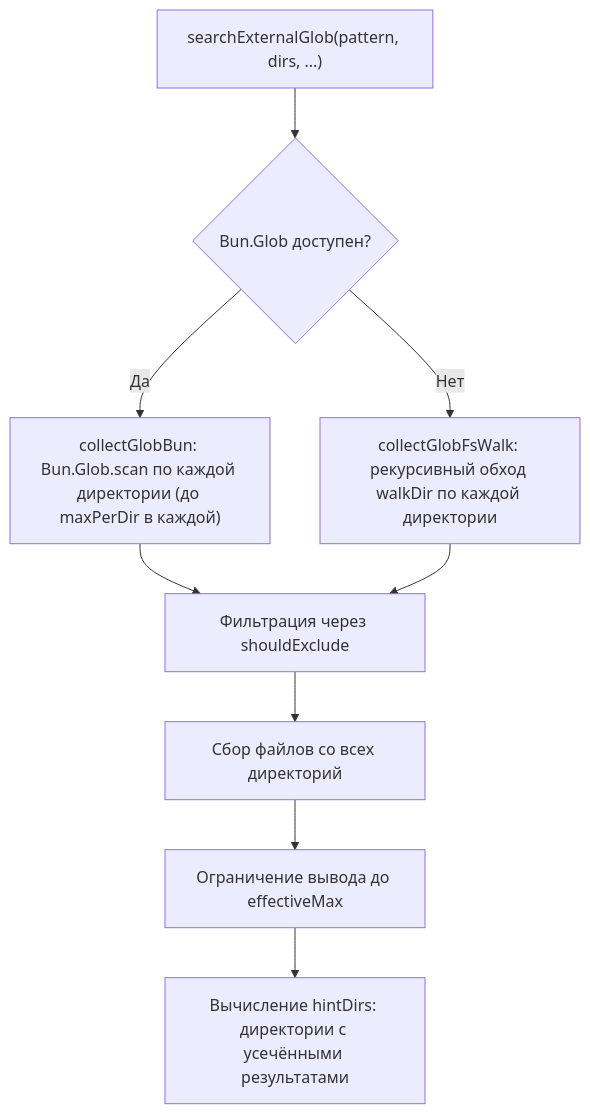
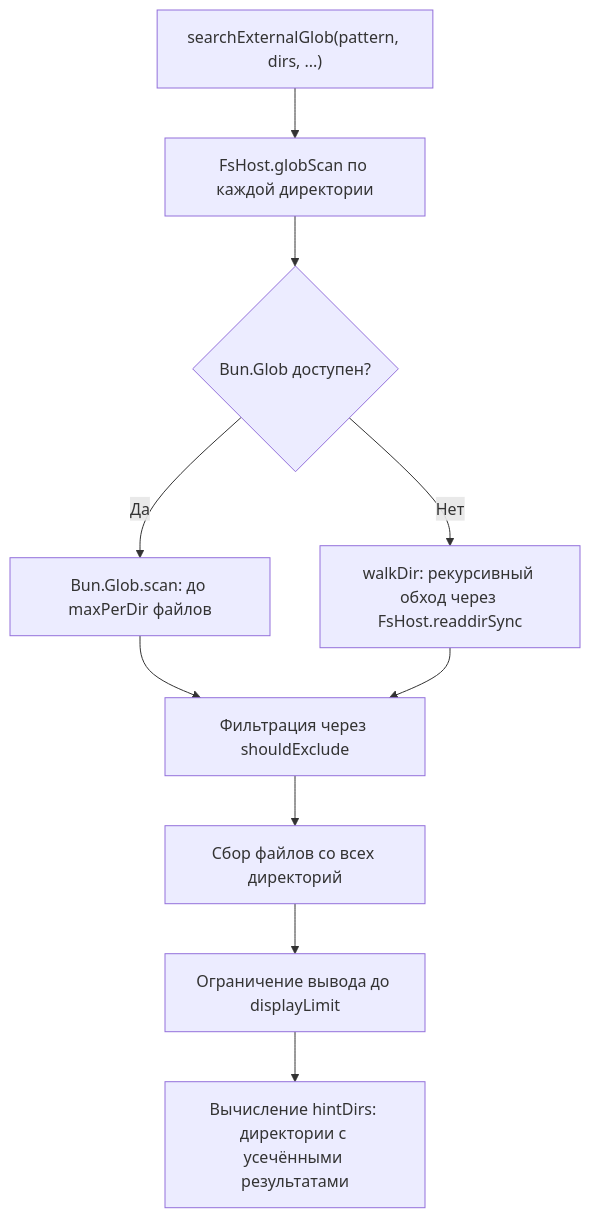
One commit to maxvst/opencode-ext-search-plugin changed the second of 2 diagrams in docs/scenarios/grep-glob-processing.md. Above: the diagram before and after it, drawn with Mermaid. The commit also changed other lines of this file and 8 other files, not shown here.

````diff
--- a/docs/scenarios/grep-glob-processing.md
+++ b/docs/scenarios/grep-glob-processing.md
@@ -83,11 +83,12 @@
 ```mermaid
 flowchart TD
-    A["searchExternalGlob(pattern, dirs, ...)"] --> B{Bun.Glob доступен?}
-    B -->|Да| C["collectGlobBun: Bun.Glob.scan по каждой директории (до maxPerDir в каждой)"]
-    B -->|Нет| D["collectGlobFsWalk: рекурсивный обход walkDir по каждой директории"]
-    C --> E["Фильтрация через shouldExclude"]
-    D --> E
-    E --> F["Сбор файлов со всех директорий"]
-    F --> G["Ограничение вывода до effectiveMax"]
-    G --> H["Вычисление hintDirs: директории с усечёнными результатами"]
+    A["searchExternalGlob(pattern, dirs, ...)"] --> B["FsHost.globScan по каждой директории"]
+    B --> C{Bun.Glob доступен?}
+    C -->|Да| D["Bun.Glob.scan: до maxPerDir файлов"]
+    C -->|Нет| E["walkDir: рекурсивный обход через FsHost.readdirSync"]
+    D --> F["Фильтрация через shouldExclude"]
+    E --> F
+    F --> G["Сбор файлов со всех директорий"]
+    G --> H["Ограничение вывода до displayLimit"]
+    H --> I["Вычисление hintDirs: директории с усечёнными результатами"]
 ```
````
